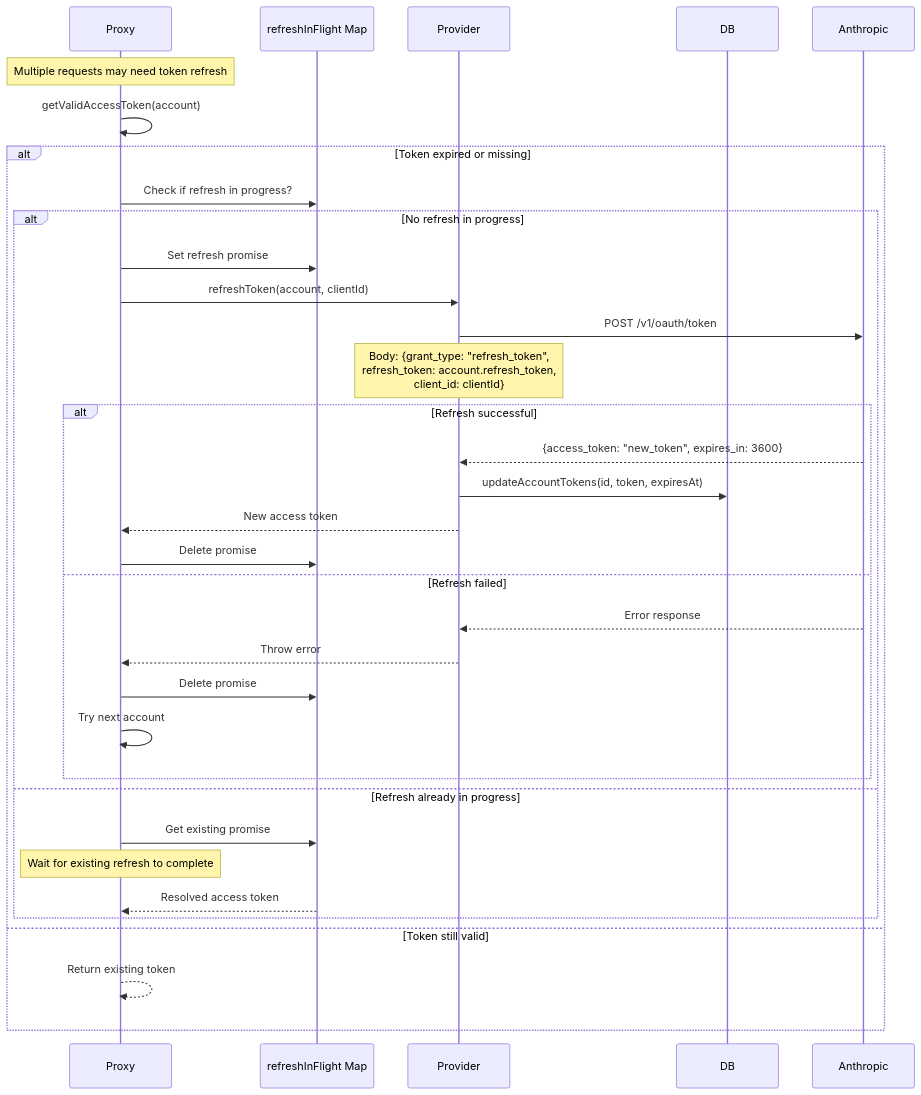
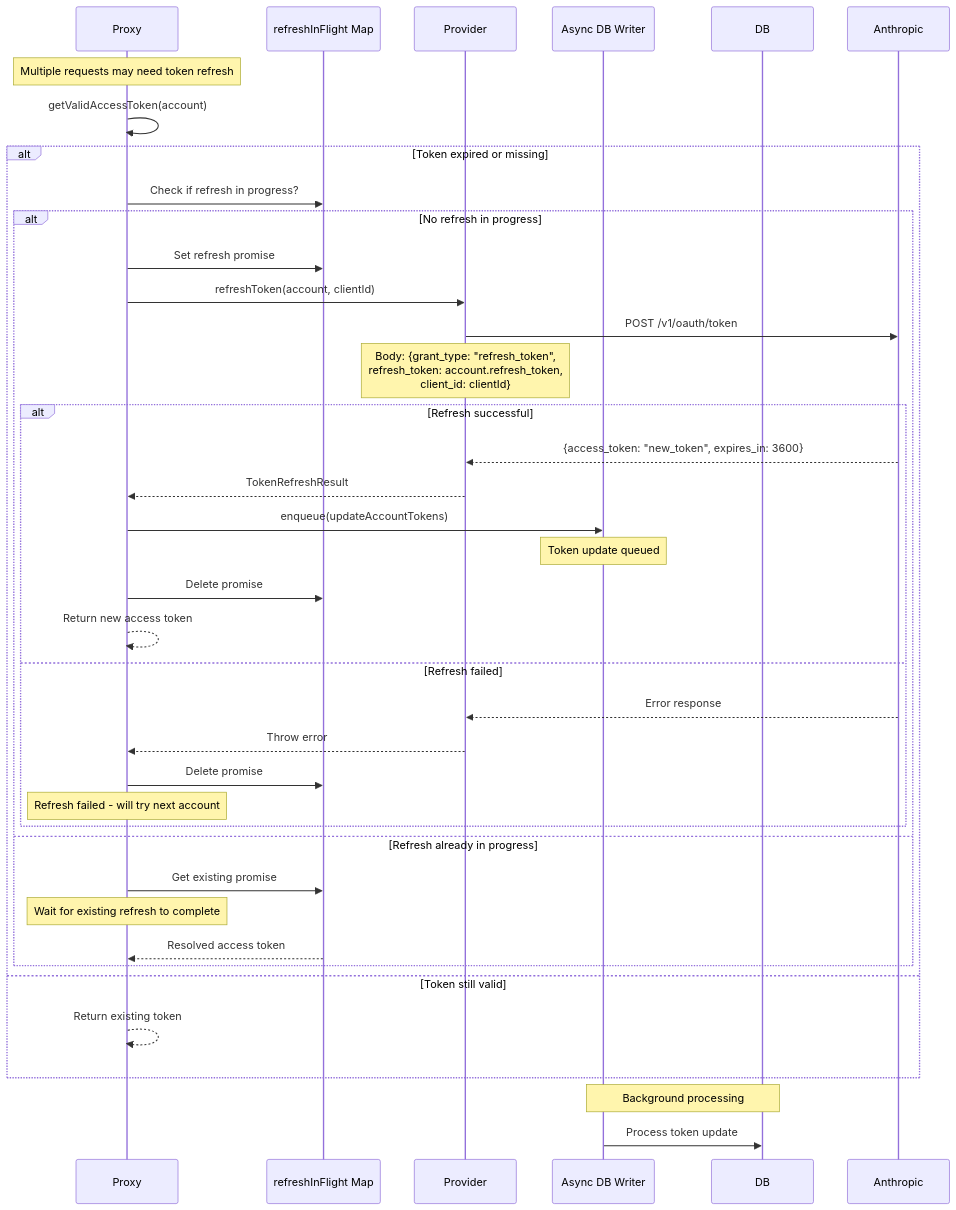
Before and after one commit to tombii/better-ccflare: the third of 13 diagrams in docs/data-flow.md, drawn with Mermaid. The commit also changed other lines of this file and 13 other files, not shown here.

````diff
--- a/docs/data-flow.md
+++ b/docs/data-flow.md
@@ -162,41 +197,47 @@
 ```mermaid
 sequenceDiagram
     participant Proxy
     participant RefreshMap as refreshInFlight Map
     participant Provider
+    participant AsyncWriter as Async DB Writer
     participant DB
     participant Anthropic
 
     Note over Proxy: Multiple requests may need token refresh
     
     Proxy->>Proxy: getValidAccessToken(account)
     
     alt Token expired or missing
         Proxy->>RefreshMap: Check if refresh in progress?
         
         alt No refresh in progress
             Proxy->>RefreshMap: Set refresh promise
             Proxy->>Provider: refreshToken(account, clientId)
             Provider->>Anthropic: POST /v1/oauth/token
             Note over Provider: Body: {grant_type: "refresh_token",<br/>refresh_token: account.refresh_token,<br/>client_id: clientId}
             
             alt Refresh successful
                 Anthropic-->>Provider: {access_token: "new_token", expires_in: 3600}
-                Provider->>DB: updateAccountTokens(id, token, expiresAt)
-                Provider-->>Proxy: New access token
+                Provider-->>Proxy: TokenRefreshResult
+                Proxy->>AsyncWriter: enqueue(updateAccountTokens)
+                Note over AsyncWriter: Token update queued
                 Proxy->>RefreshMap: Delete promise
+                Proxy-->>Proxy: Return new access token
             else Refresh failed
                 Anthropic-->>Provider: Error response
                 Provider-->>Proxy: Throw error
                 Proxy->>RefreshMap: Delete promise
-                Proxy->>Proxy: Try next account
+                Note over Proxy: Refresh failed - will try next account
             end
         else Refresh already in progress
             Proxy->>RefreshMap: Get existing promise
             Note over Proxy: Wait for existing refresh to complete
             RefreshMap-->>Proxy: Resolved access token
         end
     else Token still valid
         Proxy-->>Proxy: Return existing token
     end
+    
+    Note over AsyncWriter,DB: Background processing
+    AsyncWriter->>DB: Process token update
 ```
````
